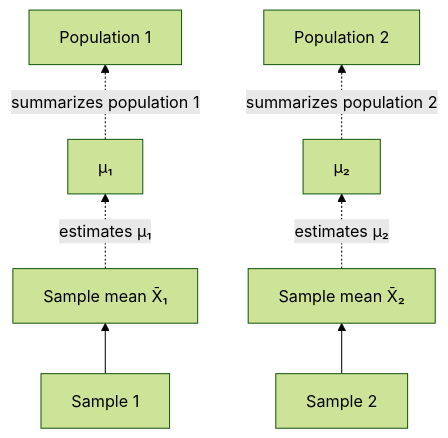
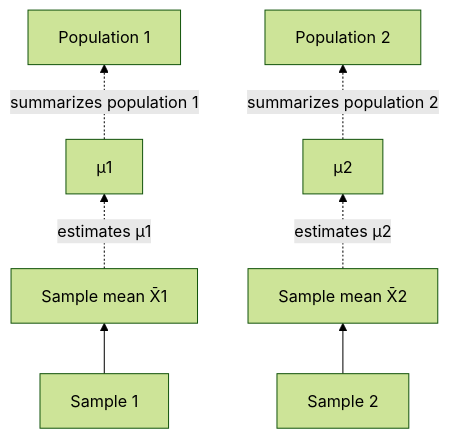
The third of 3 diagrams in Lecture-Notes/Lec08_Nonparametric-Approaches/Concepts_Lecture.md (Choroning/25Fall_Probability-and-Statistics), drawn with Mermaid (forest theme) before and after one commit. The commit also changed other lines of this file and 15 other files, not shown here.

````diff
--- a/Lecture-Notes/Lec08_Nonparametric-Approaches/Concepts_Lecture.md
+++ b/Lecture-Notes/Lec08_Nonparametric-Approaches/Concepts_Lecture.md
@@ -177,9 +177,9 @@
 ```mermaid
 graph BT
-    S1["Sample 1"] --> X1["Sample mean X̄₁"]
-    S2["Sample 2"] --> X2["Sample mean X̄₂"]
-    X1 -.->|"estimates μ₁"| M1["μ₁"]
-    X2 -.->|"estimates μ₂"| M2["μ₂"]
+    S1["Sample 1"] --> X1["Sample mean X̄1"]
+    S2["Sample 2"] --> X2["Sample mean X̄2"]
+    X1 -.->|"estimates μ1"| M1["μ1"]
+    X2 -.->|"estimates μ2"| M2["μ2"]
     M1 -.->|"summarizes population 1"| P1["Population 1"]
     M2 -.->|"summarizes population 2"| P2["Population 2"]
 ```
````
